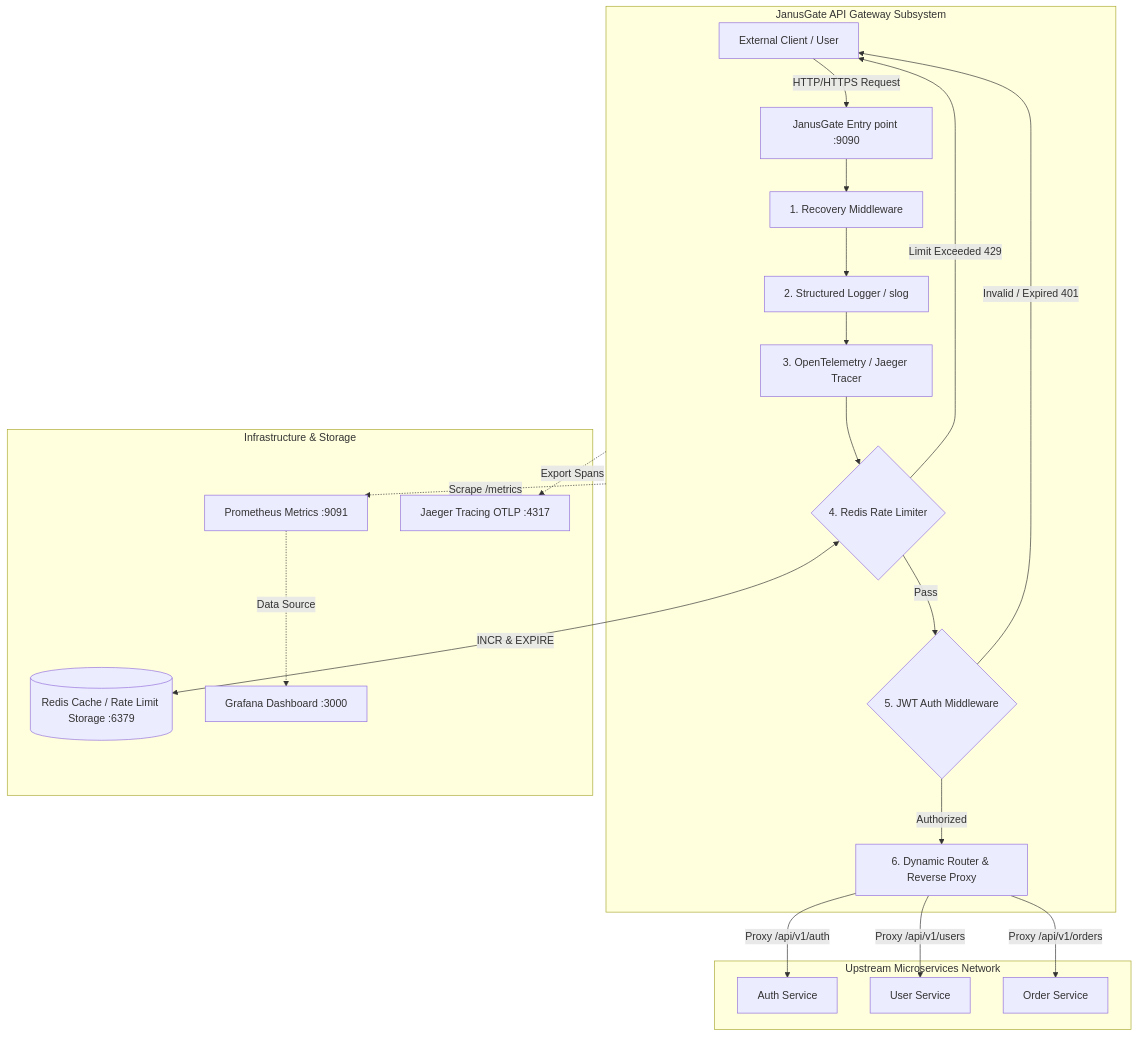
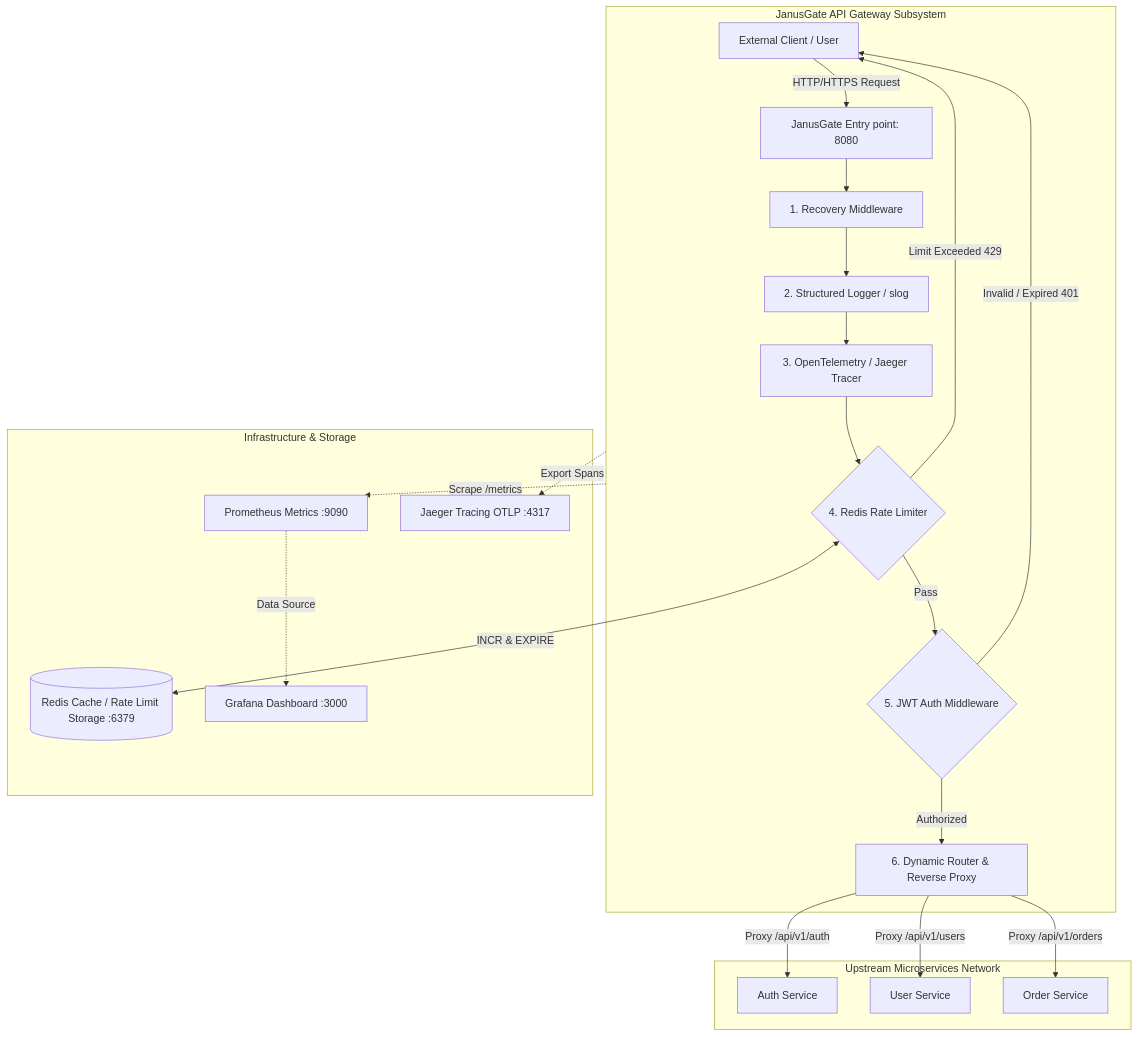
One commit to alan-shabrandi/JanusGate changed the diagram in README.md. Above: the diagram before and after it, drawn with Mermaid. The commit also changed other lines of this file, not shown here.

````diff
--- a/README.md
+++ b/README.md
@@ -21,45 +27,45 @@
 ```mermaid
 graph TD
     %% Client & External Traffic
-    Client[External Client / User] -->|HTTP/HTTPS Request| Gateway[JanusGate Entry point :9090]
+    Client[External Client / User] -->|HTTP/HTTPS Request| Gateway[JanusGate Entry point: 8080]
 
     subgraph JanusGate ["JanusGate API Gateway Subsystem"]
         Gateway --> MW_Recovery[1. Recovery Middleware]
         MW_Recovery --> MW_Logging[2. Structured Logger / slog]
         MW_Logging --> MW_Trace[3. OpenTelemetry / Jaeger Tracer]
 
         %% Rate Limiting Branch
         MW_Trace --> MW_RateLimit{4. Redis Rate Limiter}
         MW_RateLimit -->|Limit Exceeded 429| Client
         MW_RateLimit -->|Pass| MW_Auth
 
         %% Authentication Branch
         MW_Auth{5. JWT Auth Middleware}
         MW_Auth -->|Invalid / Expired 401| Client
         MW_Auth -->|Authorized| Router[6. Dynamic Router & Reverse Proxy]
     end
 
     subgraph Infrastructure ["Infrastructure & Storage"]
         Redis[(Redis Cache / Rate Limit Storage :6379)]
-        Prometheus[Prometheus Metrics :9091]
+        Prometheus[Prometheus Metrics :9090]
         Jaeger[Jaeger Tracing OTLP :4317]
         Grafana[Grafana Dashboard :3000]
     end
 
     subgraph Upstream ["Upstream Microservices Network"]
         AuthSvc[Auth Service]
         UserSvc[User Service]
         OrderSvc[Order Service]
     end
 
     %% Internal Connections & Data Flow
     MW_RateLimit <-->|INCR & EXPIRE| Redis
     JanusGate -.->|Scrape /metrics| Prometheus
     JanusGate -.->|Export Spans| Jaeger
     Prometheus -.->|Data Source| Grafana
 
     %% Proxy Forwarding
     Router -->|Proxy /api/v1/auth| AuthSvc
     Router -->|Proxy /api/v1/users| UserSvc
     Router -->|Proxy /api/v1/orders| OrderSvc
 ```
````
